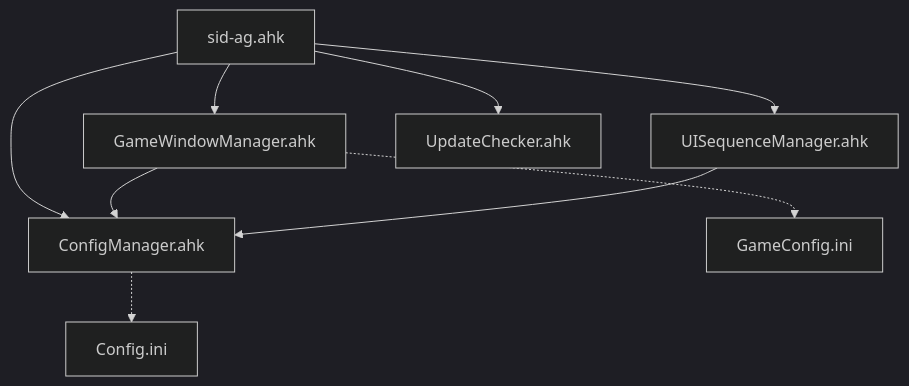
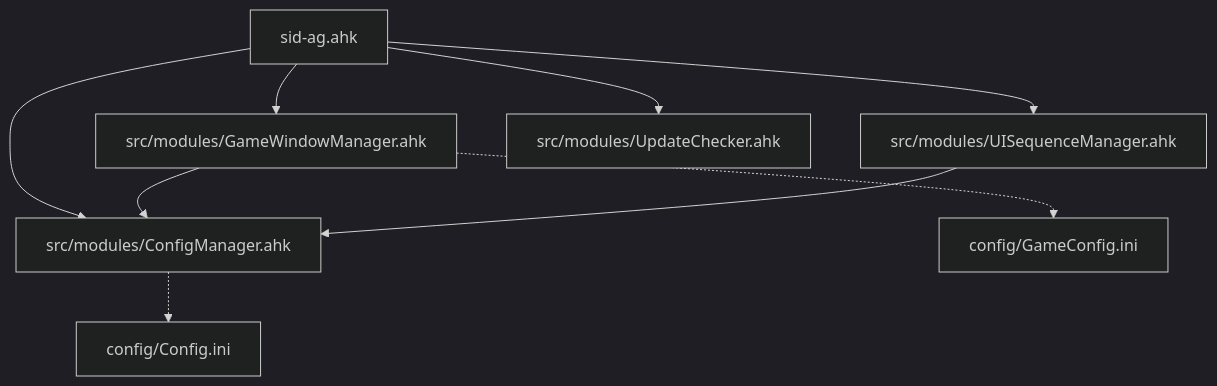
One commit to Sid-1996/AetherGazer-SemiAuto-AHK changed the diagram in docs/AHK_MODULES.md. Above: the diagram before and after it, drawn with Mermaid (dark theme). The commit also changed other lines of this file and 31 other files, not shown here.

````diff
--- a/docs/AHK_MODULES.md
+++ b/docs/AHK_MODULES.md
@@ -213,13 +213,13 @@
 ```mermaid
 graph TD
-    A[sid-ag.ahk] --> B[ConfigManager.ahk]
-    A --> C[GameWindowManager.ahk]
-    A --> D[UISequenceManager.ahk]
-    A --> E[UpdateChecker.ahk]
+    A[sid-ag.ahk] --> B["src/modules/ConfigManager.ahk"]
+    A --> C["src/modules/GameWindowManager.ahk"]
+    A --> D["src/modules/UISequenceManager.ahk"]
+    A --> E["src/modules/UpdateChecker.ahk"]
 
     C --> B
     D --> B
 
-    B -.-> F[Config.ini]
-    C -.-> G[GameConfig.ini]
+    B -.-> F["config/Config.ini"]
+    C -.-> G["config/GameConfig.ini"]
 ```
````
